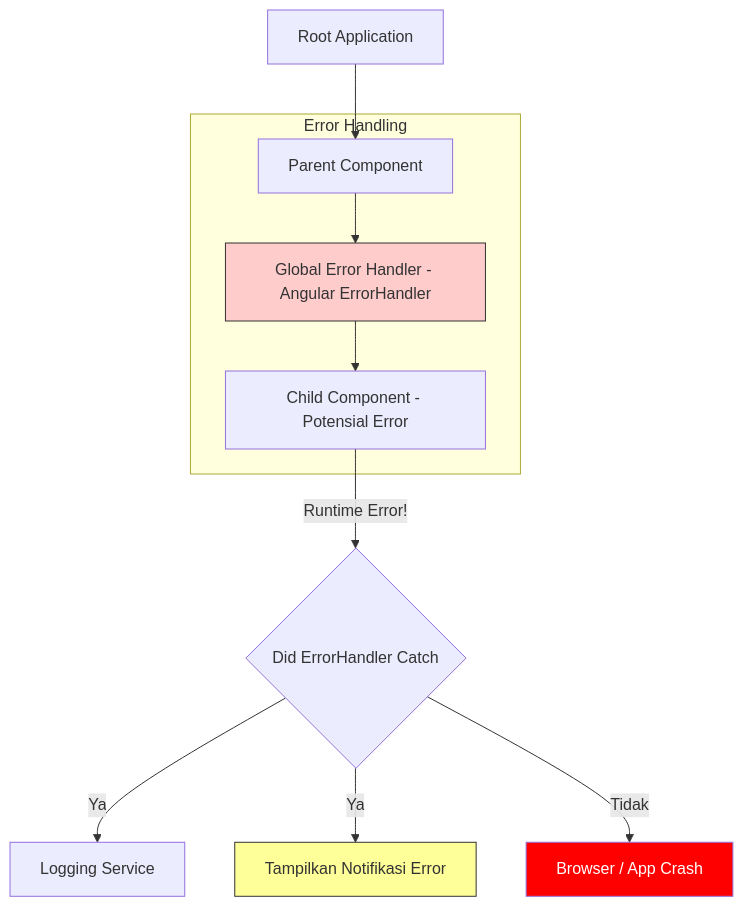
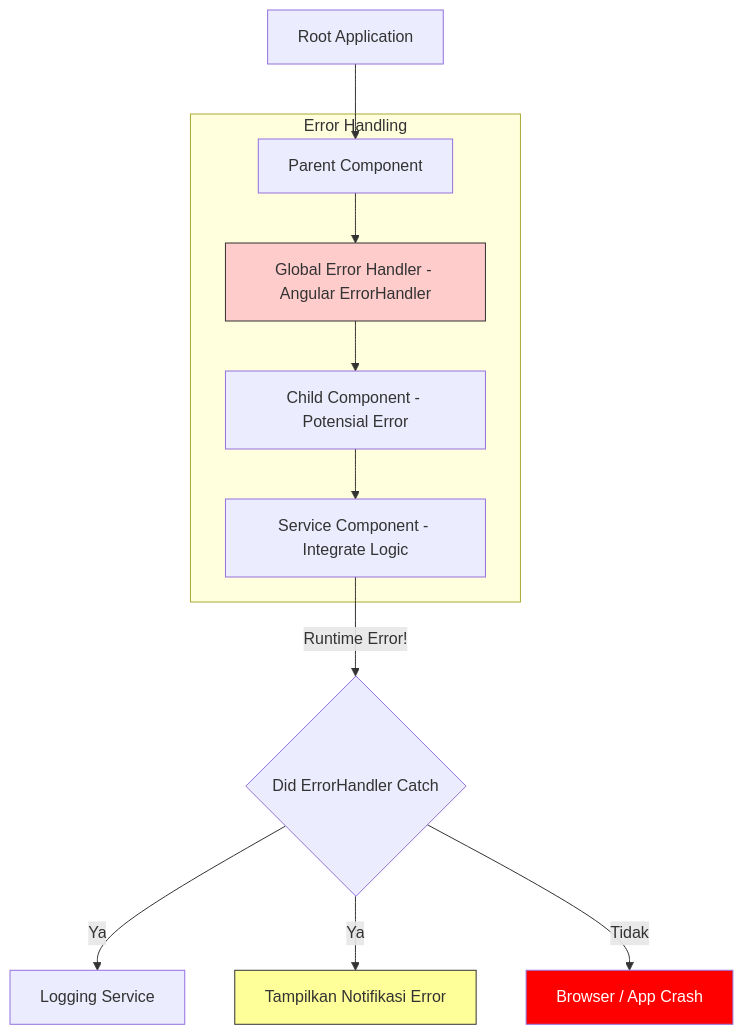
Before and after one commit to canonflow/system-design-playground: the sixth of 8 diagrams in design-system/frontend/angular.md, drawn with Mermaid. The commit also changed other lines of this file, not shown here.

````diff
--- a/design-system/frontend/angular.md
+++ b/design-system/frontend/angular.md
@@ -116,19 +228,20 @@
 ```mermaid
 graph TD
     A[Root Application] --> B[Parent Component]
     
     subgraph Error Handling
         B --> C[Global Error Handler - Angular ErrorHandler]
         C --> D[Child Component - Potensial Error]
+        D --> J[Service Component - Integrate Logic]
     end
     
-    D -- Runtime Error! --> E{Did ErrorHandler Catch}
+    J -- Runtime Error! --> E{Did ErrorHandler Catch}
     
     E -- Ya --> F[Logging Service]
     E -- Ya --> G[Tampilkan Notifikasi Error]
     E -- Tidak --> H[Browser / App Crash]
     
     style C fill:#fcc,stroke:#333
     style G fill:#ff9,stroke:#333
     style H fill:#f00,color:#fff
 ```
````
